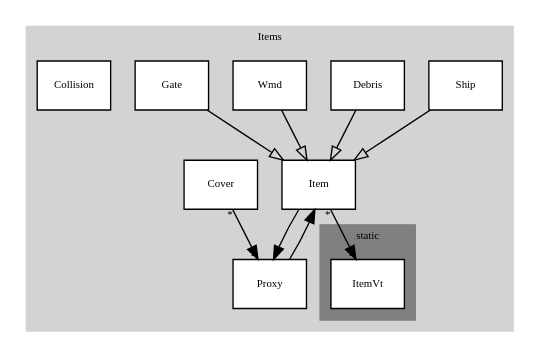
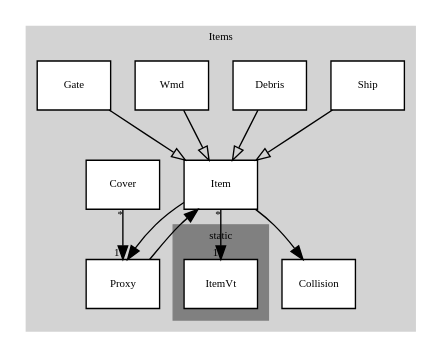
One commit to neil-edelman/Void changed the diagram in doc/Items.gv. Above: the diagram before and after it, drawn with Graphviz.

Commit message:
Furthur I guess?

```diff
--- a/doc/Items.gv
+++ b/doc/Items.gv
@@ -1,44 +1,44 @@
 digraph {
 	fontname = "Bitstream Vera Sans";
 	fontsize = 8;
 	node [
 		fontname = "Bitstream Vera Sans",
 		fontsize = 8,
 		shape = record
 	];
 	edge [
 		fontname = "Bitstream Vera Sans",
 		fontsize = 8,
 	];
 	subgraph cluster_Items {
 		label = "Items";
 		style = filled;
 		color = lightgrey;
 		node [style = filled, fillcolor = white];
 
 		subgraph cluster_ItemVt {
 			label = "static";
 			color = grey;
 			#fillcolor = clear;
 			ItemVt [ label = "{ItemVt}" ];
 		}
 		Item;
 
 		{ rank = same; Ship; Debris; Wmd; Gate; }
 		Proxy; Cover;
 
 		# inheritance (nested {struct}s)
 		edge [ arrowhead = empty, dir = forward ];
 		Ship -> Item;
 		Debris -> Item;
 		Wmd -> Item;
 		Gate -> Item;
 
 		# association (pointers)
 		edge [ arrowhead = normal, dir = forward, style = normal ];
-		Item -> ItemVt [ headlabel = " 1", taillabel = "*" ];
+		Item -> ItemVt [ headlabel = "  1", taillabel = "*" ];
 		Proxy -> Item -> Proxy;
-		Cover -> Proxy [ headlabel = " 1", taillabel = "*" ];
-		Collision;
+		Cover -> Proxy [ headlabel = "    1", taillabel = "*" ];
+		Item -> Collision;
 	}
 }
```
